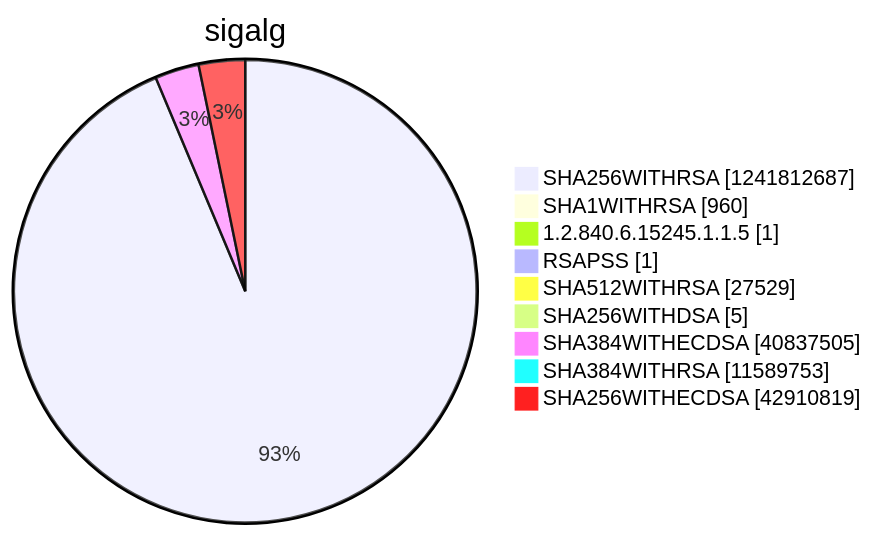
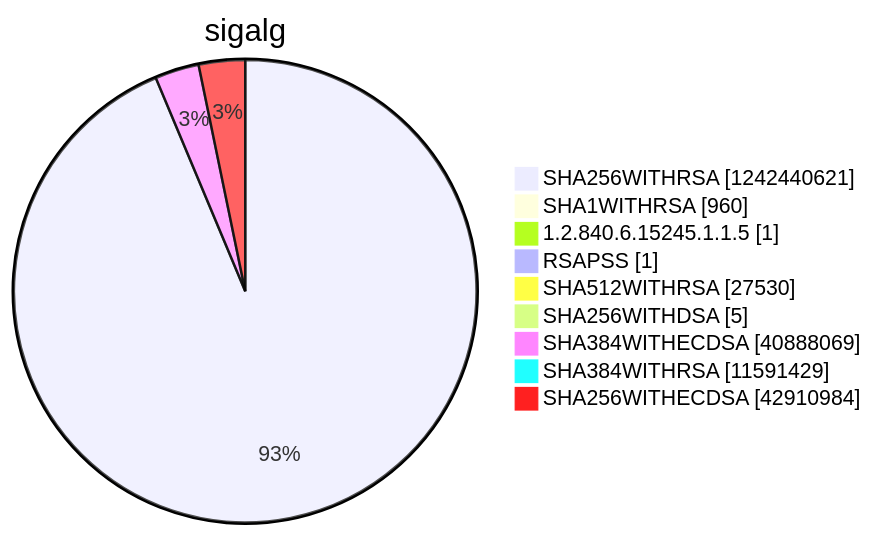
One commit to christiankrug/ctmonitor_visualization changed diagram 15 of 15 in argon2022/README.md. Above: the diagram before and after it, drawn with Mermaid. The commit also changed other lines of this file, not shown here.

````diff
--- a/argon2022/README.md
+++ b/argon2022/README.md
@@ -5522,13 +5522,13 @@
 ```mermaid
 pie showData
 title sigalg
-"SHA256WITHRSA" :1241812687
+"SHA256WITHRSA" :1242440621
 "SHA1WITHRSA" :960
 "1.2.840.6.15245.1.1.5" :1
 "RSAPSS" :1
-"SHA512WITHRSA" :27529
+"SHA512WITHRSA" :27530
 "SHA256WITHDSA" :5
-"SHA384WITHECDSA" :40837505
-"SHA384WITHRSA" :11589753
-"SHA256WITHECDSA" :42910819
+"SHA384WITHECDSA" :40888069
+"SHA384WITHRSA" :11591429
+"SHA256WITHECDSA" :42910984
 ```
````
